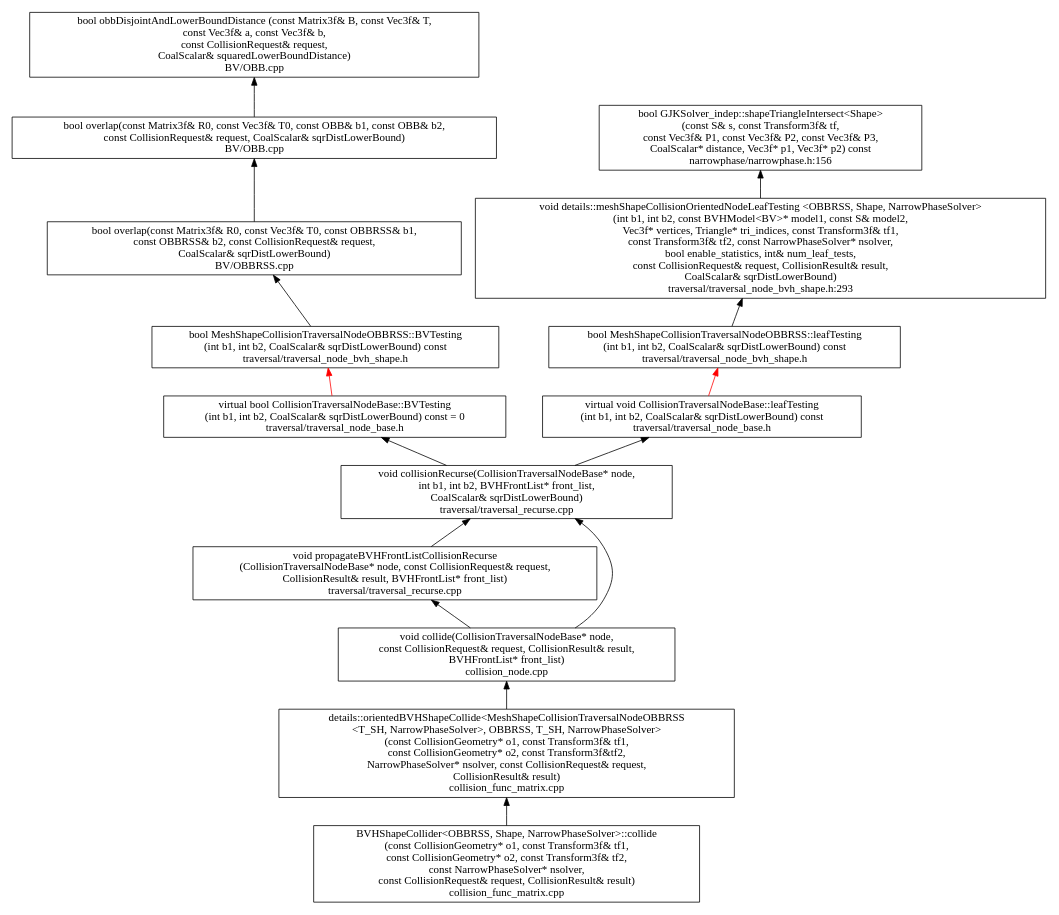
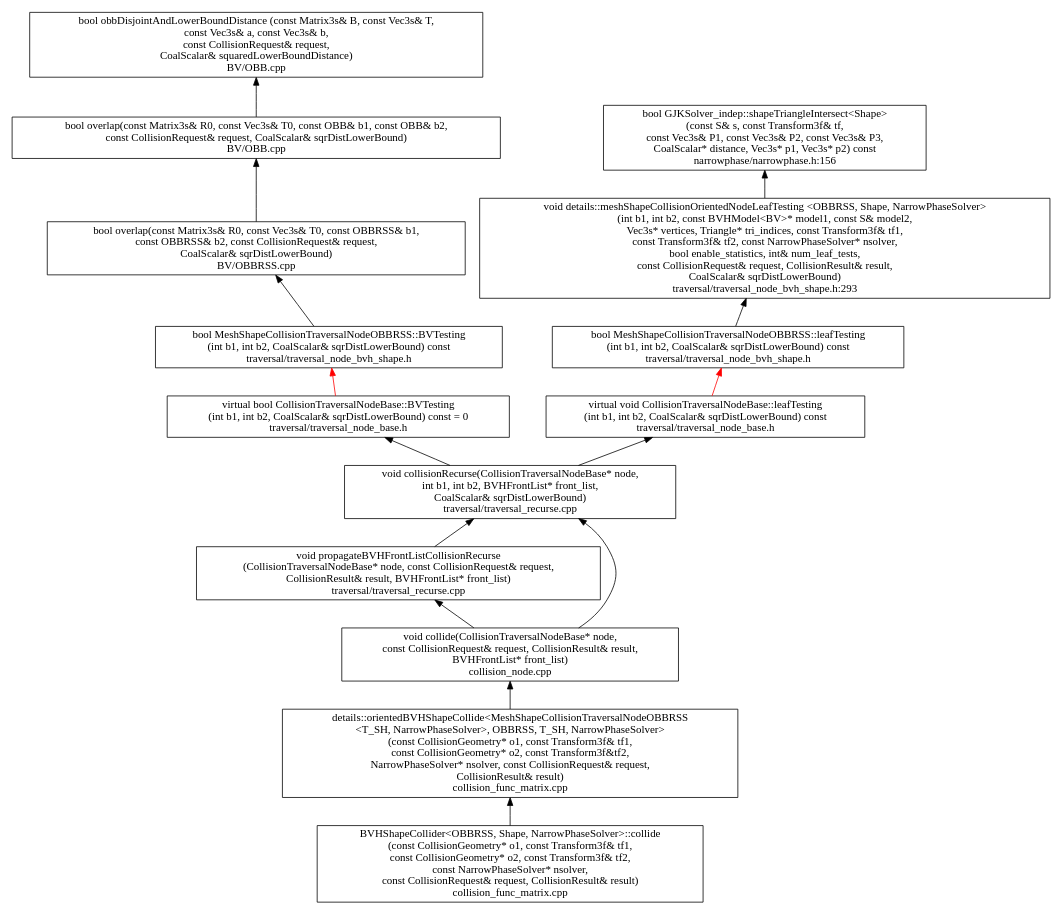
Before and after one commit to humanoid-path-planner/hpp-fcl: the diagram in doc/shape-mesh-collision-call.dot, drawn with Graphviz. The commit also changed 155 other files, not shown here.

First line of the commit message:
all: rename `Matrix/Vec[..]f` typedefs to `Matrix/Vec[...]s`

```diff
--- a/doc/shape-mesh-collision-call.dot
+++ b/doc/shape-mesh-collision-call.dot
@@ -1,36 +1,36 @@
 digraph CD  {
 
 	rankdir = BT
 	compound=true
         size = 11.7
 
         "BVHShapeCollider<OBBRSS, Shape, NarrowPhaseSolver>::collide\n(const CollisionGeometry* o1, const Transform3f& tf1,\nconst CollisionGeometry* o2, const Transform3f& tf2,\nconst NarrowPhaseSolver* nsolver,\nconst CollisionRequest& request, CollisionResult& result)\ncollision_func_matrix.cpp" [shape = box]
         "details::orientedBVHShapeCollide<MeshShapeCollisionTraversalNodeOBBRSS\n<T_SH, NarrowPhaseSolver>, OBBRSS, T_SH, NarrowPhaseSolver>\n(const CollisionGeometry* o1, const Transform3f& tf1,\nconst CollisionGeometry* o2, const Transform3f&tf2,\nNarrowPhaseSolver* nsolver, const CollisionRequest& request,\nCollisionResult& result)\ncollision_func_matrix.cpp" [shape = box]
         "void collide(CollisionTraversalNodeBase* node,\nconst CollisionRequest& request, CollisionResult& result,\nBVHFrontList* front_list)\ncollision_node.cpp" [shape = box]
         "void propagateBVHFrontListCollisionRecurse\n(CollisionTraversalNodeBase* node, const CollisionRequest& request,\nCollisionResult& result, BVHFrontList* front_list)\ntraversal/traversal_recurse.cpp" [shape = box]
         "void collisionRecurse(CollisionTraversalNodeBase* node,\nint b1, int b2, BVHFrontList* front_list,\nCoalScalar& sqrDistLowerBound)\ntraversal/traversal_recurse.cpp" [shape = box]
         "virtual bool CollisionTraversalNodeBase::BVTesting\n(int b1, int b2, CoalScalar& sqrDistLowerBound) const = 0\ntraversal/traversal_node_base.h" [shape = box]
         "virtual void CollisionTraversalNodeBase::leafTesting\n(int b1, int b2, CoalScalar& sqrDistLowerBound) const\ntraversal/traversal_node_base.h" [shape = box]
         "bool MeshShapeCollisionTraversalNodeOBBRSS::BVTesting\n(int b1, int b2, CoalScalar& sqrDistLowerBound) const\ntraversal/traversal_node_bvh_shape.h" [shape = box]
         "bool MeshShapeCollisionTraversalNodeOBBRSS::leafTesting\n(int b1, int b2, CoalScalar& sqrDistLowerBound) const\ntraversal/traversal_node_bvh_shape.h" [shape = box]
-        "bool overlap(const Matrix3f& R0, const Vec3f& T0, const OBBRSS& b1,\nconst OBBRSS& b2, const CollisionRequest& request,\nCoalScalar& sqrDistLowerBound)\nBV/OBBRSS.cpp" [shape = box]
-        "bool overlap(const Matrix3f& R0, const Vec3f& T0, const OBB& b1, const OBB& b2,\nconst CollisionRequest& request, CoalScalar& sqrDistLowerBound)\nBV/OBB.cpp" [shape = box]
-        "bool obbDisjointAndLowerBoundDistance (const Matrix3f& B, const Vec3f& T,\nconst Vec3f& a, const Vec3f& b,\nconst CollisionRequest& request,\nCoalScalar& squaredLowerBoundDistance)\nBV/OBB.cpp" [shape = box]
-        "void details::meshShapeCollisionOrientedNodeLeafTesting <OBBRSS, Shape, NarrowPhaseSolver>\n(int b1, int b2, const BVHModel<BV>* model1, const S& model2,\nVec3f* vertices, Triangle* tri_indices, const Transform3f& tf1,\nconst Transform3f& tf2, const NarrowPhaseSolver* nsolver,\nbool enable_statistics, int& num_leaf_tests,\nconst CollisionRequest& request, CollisionResult& result,\nCoalScalar& sqrDistLowerBound)\ntraversal/traversal_node_bvh_shape.h:293" [shape = box]
-        "bool GJKSolver_indep::shapeTriangleIntersect<Shape>\n(const S& s, const Transform3f& tf,\nconst Vec3f& P1, const Vec3f& P2, const Vec3f& P3,\nCoalScalar* distance, Vec3f* p1, Vec3f* p2) const\nnarrowphase/narrowphase.h:156" [shape = box]
+        "bool overlap(const Matrix3s& R0, const Vec3s& T0, const OBBRSS& b1,\nconst OBBRSS& b2, const CollisionRequest& request,\nCoalScalar& sqrDistLowerBound)\nBV/OBBRSS.cpp" [shape = box]
+        "bool overlap(const Matrix3s& R0, const Vec3s& T0, const OBB& b1, const OBB& b2,\nconst CollisionRequest& request, CoalScalar& sqrDistLowerBound)\nBV/OBB.cpp" [shape = box]
+        "bool obbDisjointAndLowerBoundDistance (const Matrix3s& B, const Vec3s& T,\nconst Vec3s& a, const Vec3s& b,\nconst CollisionRequest& request,\nCoalScalar& squaredLowerBoundDistance)\nBV/OBB.cpp" [shape = box]
+        "void details::meshShapeCollisionOrientedNodeLeafTesting <OBBRSS, Shape, NarrowPhaseSolver>\n(int b1, int b2, const BVHModel<BV>* model1, const S& model2,\nVec3s* vertices, Triangle* tri_indices, const Transform3f& tf1,\nconst Transform3f& tf2, const NarrowPhaseSolver* nsolver,\nbool enable_statistics, int& num_leaf_tests,\nconst CollisionRequest& request, CollisionResult& result,\nCoalScalar& sqrDistLowerBound)\ntraversal/traversal_node_bvh_shape.h:293" [shape = box]
+        "bool GJKSolver_indep::shapeTriangleIntersect<Shape>\n(const S& s, const Transform3f& tf,\nconst Vec3s& P1, const Vec3s& P2, const Vec3s& P3,\nCoalScalar* distance, Vec3s* p1, Vec3s* p2) const\nnarrowphase/narrowphase.h:156" [shape = box]
 
         "BVHShapeCollider<OBBRSS, Shape, NarrowPhaseSolver>::collide\n(const CollisionGeometry* o1, const Transform3f& tf1,\nconst CollisionGeometry* o2, const Transform3f& tf2,\nconst NarrowPhaseSolver* nsolver,\nconst CollisionRequest& request, CollisionResult& result)\ncollision_func_matrix.cpp" -> "details::orientedBVHShapeCollide<MeshShapeCollisionTraversalNodeOBBRSS\n<T_SH, NarrowPhaseSolver>, OBBRSS, T_SH, NarrowPhaseSolver>\n(const CollisionGeometry* o1, const Transform3f& tf1,\nconst CollisionGeometry* o2, const Transform3f&tf2,\nNarrowPhaseSolver* nsolver, const CollisionRequest& request,\nCollisionResult& result)\ncollision_func_matrix.cpp"
         "details::orientedBVHShapeCollide<MeshShapeCollisionTraversalNodeOBBRSS\n<T_SH, NarrowPhaseSolver>, OBBRSS, T_SH, NarrowPhaseSolver>\n(const CollisionGeometry* o1, const Transform3f& tf1,\nconst CollisionGeometry* o2, const Transform3f&tf2,\nNarrowPhaseSolver* nsolver, const CollisionRequest& request,\nCollisionResult& result)\ncollision_func_matrix.cpp" -> "void collide(CollisionTraversalNodeBase* node,\nconst CollisionRequest& request, CollisionResult& result,\nBVHFrontList* front_list)\ncollision_node.cpp"
         "void collide(CollisionTraversalNodeBase* node,\nconst CollisionRequest& request, CollisionResult& result,\nBVHFrontList* front_list)\ncollision_node.cpp" -> "void propagateBVHFrontListCollisionRecurse\n(CollisionTraversalNodeBase* node, const CollisionRequest& request,\nCollisionResult& result, BVHFrontList* front_list)\ntraversal/traversal_recurse.cpp"
         "void collide(CollisionTraversalNodeBase* node,\nconst CollisionRequest& request, CollisionResult& result,\nBVHFrontList* front_list)\ncollision_node.cpp" -> "void collisionRecurse(CollisionTraversalNodeBase* node,\nint b1, int b2, BVHFrontList* front_list,\nCoalScalar& sqrDistLowerBound)\ntraversal/traversal_recurse.cpp"
         "void propagateBVHFrontListCollisionRecurse\n(CollisionTraversalNodeBase* node, const CollisionRequest& request,\nCollisionResult& result, BVHFrontList* front_list)\ntraversal/traversal_recurse.cpp" -> "void collisionRecurse(CollisionTraversalNodeBase* node,\nint b1, int b2, BVHFrontList* front_list,\nCoalScalar& sqrDistLowerBound)\ntraversal/traversal_recurse.cpp"
         "void collisionRecurse(CollisionTraversalNodeBase* node,\nint b1, int b2, BVHFrontList* front_list,\nCoalScalar& sqrDistLowerBound)\ntraversal/traversal_recurse.cpp" -> "virtual bool CollisionTraversalNodeBase::BVTesting\n(int b1, int b2, CoalScalar& sqrDistLowerBound) const = 0\ntraversal/traversal_node_base.h"
         "void collisionRecurse(CollisionTraversalNodeBase* node,\nint b1, int b2, BVHFrontList* front_list,\nCoalScalar& sqrDistLowerBound)\ntraversal/traversal_recurse.cpp" -> "virtual void CollisionTraversalNodeBase::leafTesting\n(int b1, int b2, CoalScalar& sqrDistLowerBound) const\ntraversal/traversal_node_base.h"
         "virtual bool CollisionTraversalNodeBase::BVTesting\n(int b1, int b2, CoalScalar& sqrDistLowerBound) const = 0\ntraversal/traversal_node_base.h" -> "bool MeshShapeCollisionTraversalNodeOBBRSS::BVTesting\n(int b1, int b2, CoalScalar& sqrDistLowerBound) const\ntraversal/traversal_node_bvh_shape.h" [color=red]
         "virtual void CollisionTraversalNodeBase::leafTesting\n(int b1, int b2, CoalScalar& sqrDistLowerBound) const\ntraversal/traversal_node_base.h" -> "bool MeshShapeCollisionTraversalNodeOBBRSS::leafTesting\n(int b1, int b2, CoalScalar& sqrDistLowerBound) const\ntraversal/traversal_node_bvh_shape.h" [color = red]
-        "bool MeshShapeCollisionTraversalNodeOBBRSS::BVTesting\n(int b1, int b2, CoalScalar& sqrDistLowerBound) const\ntraversal/traversal_node_bvh_shape.h" -> "bool overlap(const Matrix3f& R0, const Vec3f& T0, const OBBRSS& b1,\nconst OBBRSS& b2, const CollisionRequest& request,\nCoalScalar& sqrDistLowerBound)\nBV/OBBRSS.cpp"
-        "bool overlap(const Matrix3f& R0, const Vec3f& T0, const OBBRSS& b1,\nconst OBBRSS& b2, const CollisionRequest& request,\nCoalScalar& sqrDistLowerBound)\nBV/OBBRSS.cpp" -> "bool overlap(const Matrix3f& R0, const Vec3f& T0, const OBB& b1, const OBB& b2,\nconst CollisionRequest& request, CoalScalar& sqrDistLowerBound)\nBV/OBB.cpp"
-        "bool overlap(const Matrix3f& R0, const Vec3f& T0, const OBB& b1, const OBB& b2,\nconst CollisionRequest& request, CoalScalar& sqrDistLowerBound)\nBV/OBB.cpp" -> "bool obbDisjointAndLowerBoundDistance (const Matrix3f& B, const Vec3f& T,\nconst Vec3f& a, const Vec3f& b,\nconst CollisionRequest& request,\nCoalScalar& squaredLowerBoundDistance)\nBV/OBB.cpp"
-        "bool MeshShapeCollisionTraversalNodeOBBRSS::leafTesting\n(int b1, int b2, CoalScalar& sqrDistLowerBound) const\ntraversal/traversal_node_bvh_shape.h" -> "void details::meshShapeCollisionOrientedNodeLeafTesting <OBBRSS, Shape, NarrowPhaseSolver>\n(int b1, int b2, const BVHModel<BV>* model1, const S& model2,\nVec3f* vertices, Triangle* tri_indices, const Transform3f& tf1,\nconst Transform3f& tf2, const NarrowPhaseSolver* nsolver,\nbool enable_statistics, int& num_leaf_tests,\nconst CollisionRequest& request, CollisionResult& result,\nCoalScalar& sqrDistLowerBound)\ntraversal/traversal_node_bvh_shape.h:293"
-        "void details::meshShapeCollisionOrientedNodeLeafTesting <OBBRSS, Shape, NarrowPhaseSolver>\n(int b1, int b2, const BVHModel<BV>* model1, const S& model2,\nVec3f* vertices, Triangle* tri_indices, const Transform3f& tf1,\nconst Transform3f& tf2, const NarrowPhaseSolver* nsolver,\nbool enable_statistics, int& num_leaf_tests,\nconst CollisionRequest& request, CollisionResult& result,\nCoalScalar& sqrDistLowerBound)\ntraversal/traversal_node_bvh_shape.h:293" -> "bool GJKSolver_indep::shapeTriangleIntersect<Shape>\n(const S& s, const Transform3f& tf,\nconst Vec3f& P1, const Vec3f& P2, const Vec3f& P3,\nCoalScalar* distance, Vec3f* p1, Vec3f* p2) const\nnarrowphase/narrowphase.h:156"
+        "bool MeshShapeCollisionTraversalNodeOBBRSS::BVTesting\n(int b1, int b2, CoalScalar& sqrDistLowerBound) const\ntraversal/traversal_node_bvh_shape.h" -> "bool overlap(const Matrix3s& R0, const Vec3s& T0, const OBBRSS& b1,\nconst OBBRSS& b2, const CollisionRequest& request,\nCoalScalar& sqrDistLowerBound)\nBV/OBBRSS.cpp"
+        "bool overlap(const Matrix3s& R0, const Vec3s& T0, const OBBRSS& b1,\nconst OBBRSS& b2, const CollisionRequest& request,\nCoalScalar& sqrDistLowerBound)\nBV/OBBRSS.cpp" -> "bool overlap(const Matrix3s& R0, const Vec3s& T0, const OBB& b1, const OBB& b2,\nconst CollisionRequest& request, CoalScalar& sqrDistLowerBound)\nBV/OBB.cpp"
+        "bool overlap(const Matrix3s& R0, const Vec3s& T0, const OBB& b1, const OBB& b2,\nconst CollisionRequest& request, CoalScalar& sqrDistLowerBound)\nBV/OBB.cpp" -> "bool obbDisjointAndLowerBoundDistance (const Matrix3s& B, const Vec3s& T,\nconst Vec3s& a, const Vec3s& b,\nconst CollisionRequest& request,\nCoalScalar& squaredLowerBoundDistance)\nBV/OBB.cpp"
+        "bool MeshShapeCollisionTraversalNodeOBBRSS::leafTesting\n(int b1, int b2, CoalScalar& sqrDistLowerBound) const\ntraversal/traversal_node_bvh_shape.h" -> "void details::meshShapeCollisionOrientedNodeLeafTesting <OBBRSS, Shape, NarrowPhaseSolver>\n(int b1, int b2, const BVHModel<BV>* model1, const S& model2,\nVec3s* vertices, Triangle* tri_indices, const Transform3f& tf1,\nconst Transform3f& tf2, const NarrowPhaseSolver* nsolver,\nbool enable_statistics, int& num_leaf_tests,\nconst CollisionRequest& request, CollisionResult& result,\nCoalScalar& sqrDistLowerBound)\ntraversal/traversal_node_bvh_shape.h:293"
+        "void details::meshShapeCollisionOrientedNodeLeafTesting <OBBRSS, Shape, NarrowPhaseSolver>\n(int b1, int b2, const BVHModel<BV>* model1, const S& model2,\nVec3s* vertices, Triangle* tri_indices, const Transform3f& tf1,\nconst Transform3f& tf2, const NarrowPhaseSolver* nsolver,\nbool enable_statistics, int& num_leaf_tests,\nconst CollisionRequest& request, CollisionResult& result,\nCoalScalar& sqrDistLowerBound)\ntraversal/traversal_node_bvh_shape.h:293" -> "bool GJKSolver_indep::shapeTriangleIntersect<Shape>\n(const S& s, const Transform3f& tf,\nconst Vec3s& P1, const Vec3s& P2, const Vec3s& P3,\nCoalScalar* distance, Vec3s* p1, Vec3s* p2) const\nnarrowphase/narrowphase.h:156"
 }
```
